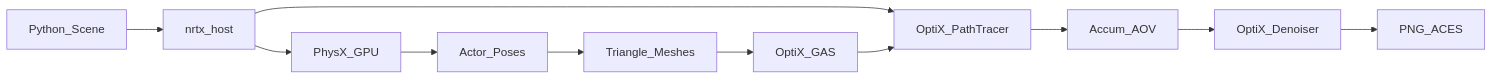
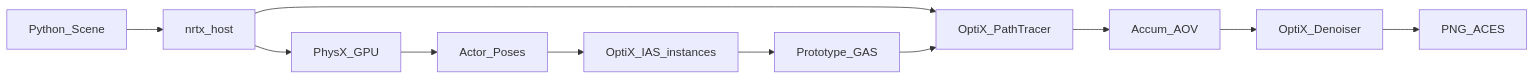
The diagram in docs/report/01-overview.md (goooxu/LumenCore), drawn with Mermaid before and after one commit. The commit also changed other lines of this file and 29 other files, not shown here.

First line of the commit message:
Add PhysX→OptiX IAS instancing for 0.12.0.

````diff
--- a/docs/report/01-overview.md
+++ b/docs/report/01-overview.md
@@ -18,13 +18,13 @@
 ```mermaid
 flowchart LR
   py[Python_Scene] --> host[nrtx_host]
   host --> px[PhysX_GPU]
   px --> poses[Actor_Poses]
-  poses --> meshes[Triangle_Meshes]
-  meshes --> gas[OptiX_GAS]
+  poses --> ias[OptiX_IAS_instances]
+  ias --> gas[Prototype_GAS]
   host --> optix[OptiX_PathTracer]
   gas --> optix
   optix --> aov[Accum_AOV]
   aov --> denoise[OptiX_Denoiser]
   denoise --> png[PNG_ACES]
 ```
````
